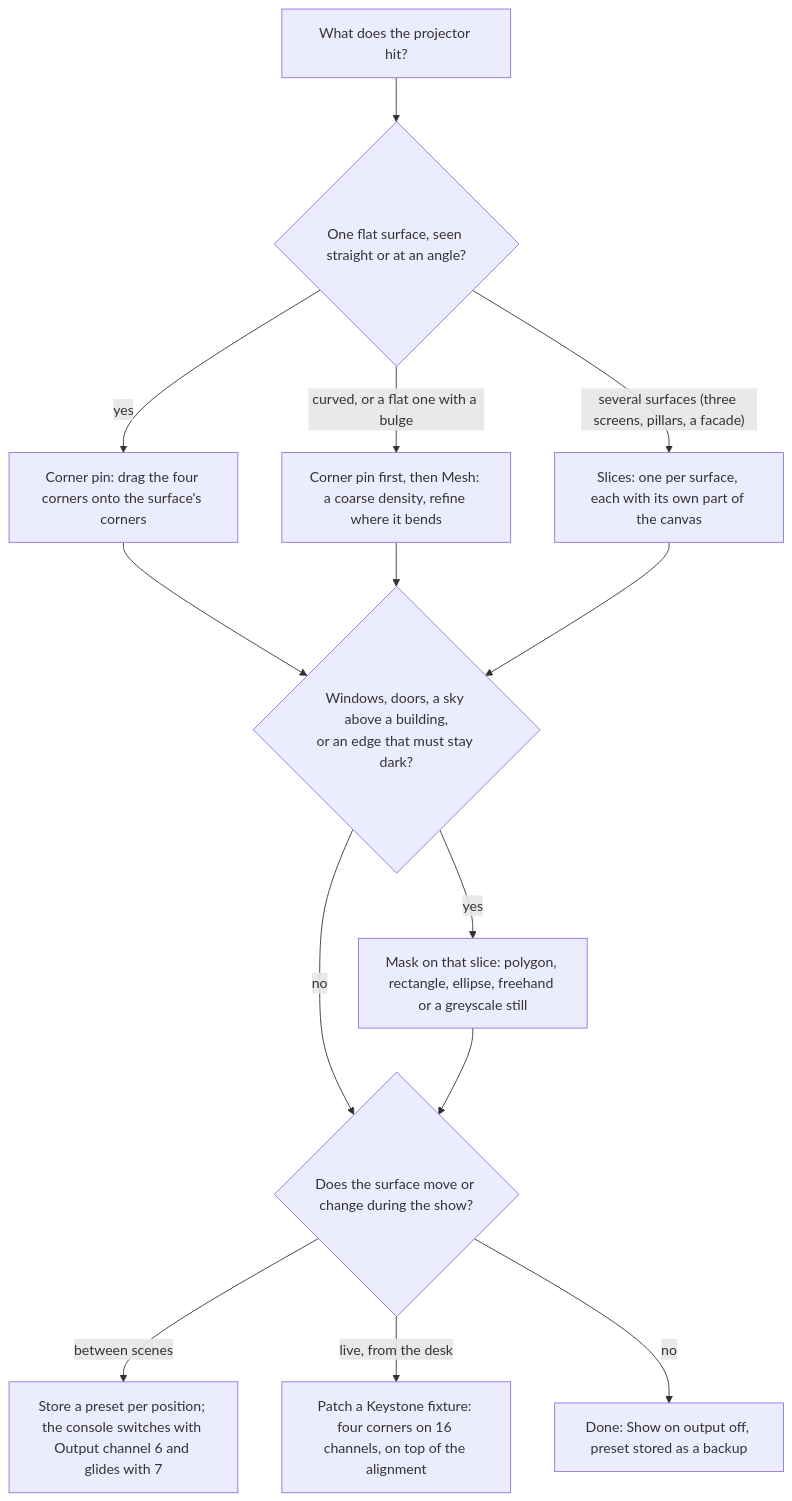
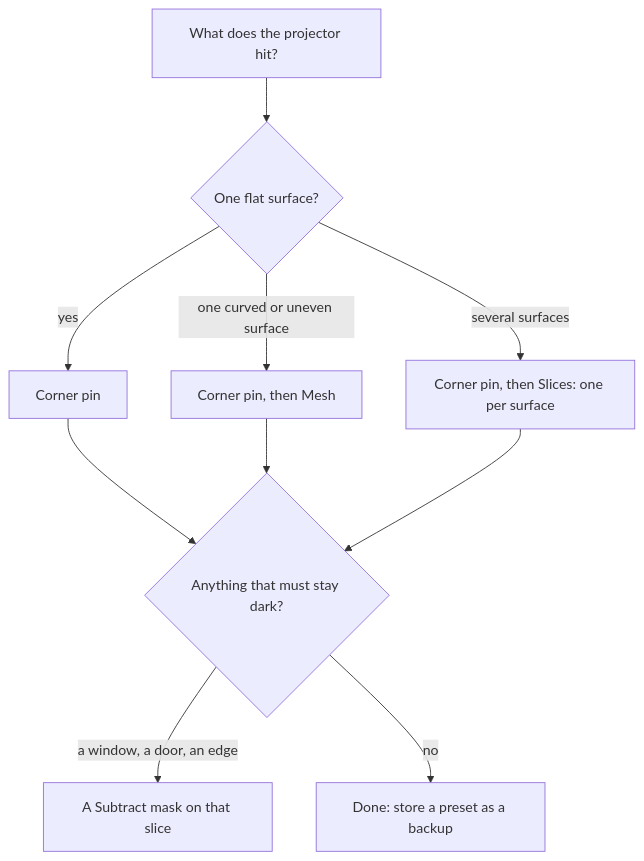
One commit to Timdebruijn/fanous changed the first of 2 diagrams in docs/user/warp-and-masks.md. Above: the diagram before and after it, drawn with Mermaid. The commit also changed other lines of this file and 9 other files, not shown here.

````diff
--- a/docs/user/warp-and-masks.md
+++ b/docs/user/warp-and-masks.md
@@ -24,16 +38,12 @@
 ```mermaid
 flowchart TD
-  q["What does the projector hit?"] --> flat{"One flat surface, seen straight or at an angle?"}
-  flat -- yes --> pin["Corner pin: drag the four corners onto the surface's corners"]
-  flat -- "curved, or a flat one with a bulge" --> mesh["Corner pin first, then Mesh: a coarse density, refine where it bends"]
-  flat -- "several surfaces (three screens, pillars, a facade)" --> slices["Slices: one per surface, each with its own part of the canvas"]
-  pin --> holes{"Windows, doors, a sky above a building,<br>or an edge that must stay dark?"}
-  mesh --> holes
-  slices --> holes
-  holes -- yes --> mask["Mask on that slice: polygon, rectangle, ellipse, freehand or a greyscale still"]
-  holes -- no --> move{"Does the surface move or change during the show?"}
-  mask --> move
-  move -- "between scenes" --> presets["Store a preset per position; the console switches with Output channel 6 and glides with 7"]
-  move -- "live, from the desk" --> keystone["Patch a Keystone fixture: four corners on 16 channels, on top of the alignment"]
-  move -- no --> done["Done: Show on output off, preset stored as a backup"]
+  q["What does the projector hit?"] --> flat{"One flat surface?"}
+  flat -- yes --> pin["Corner pin"]
+  flat -- "one curved or uneven surface" --> mesh["Corner pin, then Mesh"]
+  flat -- "several surfaces" --> slices["Corner pin, then Slices: one per surface"]
+  pin --> dark{"Anything that must stay dark?"}
+  mesh --> dark
+  slices --> dark
+  dark -- "a window, a door, an edge" --> mask["A Subtract mask on that slice"]
+  dark -- no --> done["Done: store a preset as a backup"]
 ```
````
